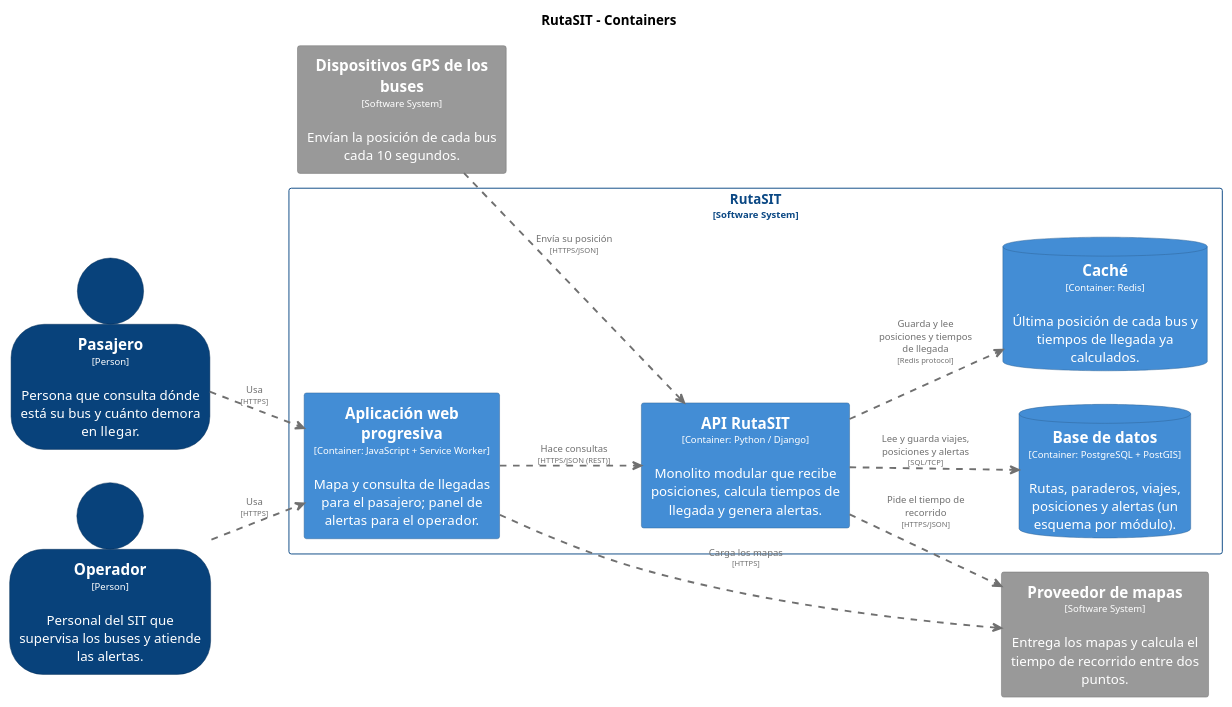
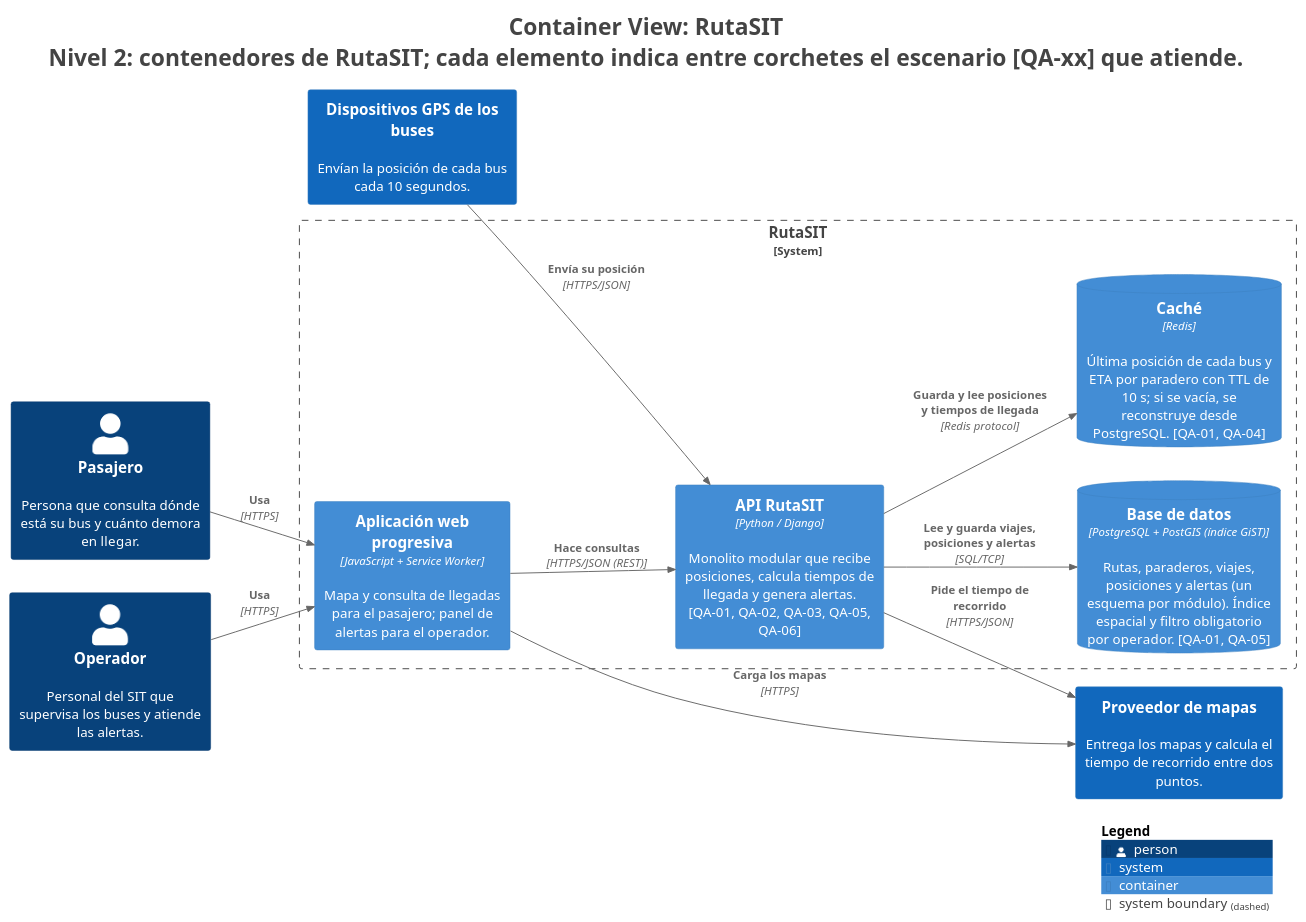
Before and after one commit to R0otDrigo/cs-2026b-lab04-grupo06: the diagram in docs/architecture/c4/export/structurizr-Contenedores.puml, drawn with PlantUML. The commit also changed 18 other files, not shown here.

```diff
--- a/docs/architecture/c4/export/structurizr-Contenedores.puml
+++ b/docs/architecture/c4/export/structurizr-Contenedores.puml
@@ -1,90 +1,41 @@
 @startuml
+title <size:24>Container View: RutaSIT</size>\n<size:24>Nivel 2: contenedores de RutaSIT; cada elemento indica entre corchetes el escenario [QA-xx] que atiende.</size>
+
 set separator none
-title RutaSIT - Containers
-
 left to right direction
 
-skinparam {
-  arrowFontSize 10
-  defaultTextAlignment center
-  wrapWidth 200
-  maxMessageSize 100
+<style>
+  root {
+    BackgroundColor: #ffffff
+    FontColor: #444444
+  }
+</style>
+
+!include <C4/C4>
+!include <C4/C4_Context>
+!include <C4/C4_Container>
+
+Person(Pasajero, "Pasajero", $descr="Persona que consulta dónde está su bus y cuánto demora en llegar.", $tags="", $link="")
+Person(Operador, "Operador", $descr="Personal del SIT que supervisa los buses y atiende las alertas.", $tags="", $link="")
+System(DispositivosGPSdelosbuses, "Dispositivos GPS de los buses", $descr="Envían la posición de cada bus cada 10 segundos.", $tags="", $link="")
+System(Proveedordemapas, "Proveedor de mapas", $descr="Entrega los mapas y calcula el tiempo de recorrido entre dos puntos.", $tags="", $link="")
+
+System_Boundary("RutaSIT_boundary", "RutaSIT", $tags="") {
+  ContainerDb(RutaSIT.Basededatos, "Base de datos", $techn="PostgreSQL + PostGIS (índice GiST)", $descr="Rutas, paraderos, viajes, posiciones y alertas (un esquema por módulo). Índice espacial y filtro obligatorio por operador. [QA-01, QA-05]", $tags="", $link="")
+  ContainerDb(RutaSIT.Caché, "Caché", $techn="Redis", $descr="Última posición de cada bus y ETA por paradero con TTL de 10 s; si se vacía, se reconstruye desde PostgreSQL. [QA-01, QA-04]", $tags="", $link="")
+  Container(RutaSIT.Aplicaciónwebprogresiva, "Aplicación web progresiva", $techn="JavaScript + Service Worker", $descr="Mapa y consulta de llegadas para el pasajero; panel de alertas para el operador.", $tags="", $link="")
+  Container(RutaSIT.APIRutaSIT, "API RutaSIT", $techn="Python / Django", $descr="Monolito modular que recibe posiciones, calcula tiempos de llegada y genera alertas. [QA-01, QA-02, QA-03, QA-05, QA-06]", $tags="", $link="")
 }
 
-hide stereotype
+Rel(Pasajero, RutaSIT.Aplicaciónwebprogresiva, "Usa", $techn="HTTPS", $tags="", $link="")
+Rel(Operador, RutaSIT.Aplicaciónwebprogresiva, "Usa", $techn="HTTPS", $tags="", $link="")
+Rel(RutaSIT.Aplicaciónwebprogresiva, RutaSIT.APIRutaSIT, "Hace consultas", $techn="HTTPS/JSON (REST)", $tags="", $link="")
+Rel(DispositivosGPSdelosbuses, RutaSIT.APIRutaSIT, "Envía su posición", $techn="HTTPS/JSON", $tags="", $link="")
+Rel(RutaSIT.APIRutaSIT, RutaSIT.Basededatos, "Lee y guarda viajes, posiciones y alertas", $techn="SQL/TCP", $tags="", $link="")
+Rel(RutaSIT.APIRutaSIT, RutaSIT.Caché, "Guarda y lee posiciones y tiempos de llegada", $techn="Redis protocol", $tags="", $link="")
+Rel(RutaSIT.Aplicaciónwebprogresiva, Proveedordemapas, "Carga los mapas", $techn="HTTPS", $tags="", $link="")
+Rel(RutaSIT.APIRutaSIT, Proveedordemapas, "Pide el tiempo de recorrido", $techn="HTTPS/JSON", $tags="", $link="")
 
-skinparam rectangle<<RutaSIT.APIRutaSIT>> {
-  BackgroundColor #438dd5
-  FontColor #ffffff
-  BorderColor #2e6295
-  shadowing false
-}
-skinparam rectangle<<RutaSIT.Aplicaciónwebprogresiva>> {
-  BackgroundColor #438dd5
-  FontColor #ffffff
-  BorderColor #2e6295
-  shadowing false
-}
-skinparam database<<RutaSIT.Basededatos>> {
-  BackgroundColor #438dd5
-  FontColor #ffffff
-  BorderColor #2e6295
-  shadowing false
-}
-skinparam database<<RutaSIT.Caché>> {
-  BackgroundColor #438dd5
-  FontColor #ffffff
-  BorderColor #2e6295
-  shadowing false
-}
-skinparam rectangle<<DispositivosGPSdelosbuses>> {
-  BackgroundColor #999999
-  FontColor #ffffff
-  BorderColor #6b6b6b
-  shadowing false
-}
-skinparam person<<Operador>> {
-  BackgroundColor #08427b
-  FontColor #ffffff
-  BorderColor #052e56
-  shadowing false
-}
-skinparam person<<Pasajero>> {
-  BackgroundColor #08427b
-  FontColor #ffffff
-  BorderColor #052e56
-  shadowing false
-}
-skinparam rectangle<<Proveedordemapas>> {
-  BackgroundColor #999999
-  FontColor #ffffff
-  BorderColor #6b6b6b
-  shadowing false
-}
-skinparam rectangle<<RutaSIT>> {
-  BorderColor #0b4884
-  FontColor #0b4884
-  shadowing false
-}
-
-person "==Pasajero\n<size:10>[Person]</size>\n\nPersona que consulta dónde está su bus y cuánto demora en llegar." <<Pasajero>> as Pasajero
-person "==Operador\n<size:10>[Person]</size>\n\nPersonal del SIT que supervisa los buses y atiende las alertas." <<Operador>> as Operador
-rectangle "==Dispositivos GPS de los buses\n<size:10>[Software System]</size>\n\nEnvían la posición de cada bus cada 10 segundos." <<DispositivosGPSdelosbuses>> as DispositivosGPSdelosbuses
-rectangle "==Proveedor de mapas\n<size:10>[Software System]</size>\n\nEntrega los mapas y calcula el tiempo de recorrido entre dos puntos." <<Proveedordemapas>> as Proveedordemapas
-
-rectangle "RutaSIT\n<size:10>[Software System]</size>" <<RutaSIT>> {
-  database "==Base de datos\n<size:10>[Container: PostgreSQL + PostGIS]</size>\n\nRutas, paraderos, viajes, posiciones y alertas (un esquema por módulo)." <<RutaSIT.Basededatos>> as RutaSIT.Basededatos
-  database "==Caché\n<size:10>[Container: Redis]</size>\n\nÚltima posición de cada bus y tiempos de llegada ya calculados." <<RutaSIT.Caché>> as RutaSIT.Caché
-  rectangle "==Aplicación web progresiva\n<size:10>[Container: JavaScript + Service Worker]</size>\n\nMapa y consulta de llegadas para el pasajero; panel de alertas para el operador." <<RutaSIT.Aplicaciónwebprogresiva>> as RutaSIT.Aplicaciónwebprogresiva
-  rectangle "==API RutaSIT\n<size:10>[Container: Python / Django]</size>\n\nMonolito modular que recibe posiciones, calcula tiempos de llegada y genera alertas." <<RutaSIT.APIRutaSIT>> as RutaSIT.APIRutaSIT
-}
-
-Pasajero .[#707070,thickness=2].> RutaSIT.Aplicaciónwebprogresiva : "<color:#707070>Usa\n<color:#707070><size:8>[HTTPS]</size>"
-Operador .[#707070,thickness=2].> RutaSIT.Aplicaciónwebprogresiva : "<color:#707070>Usa\n<color:#707070><size:8>[HTTPS]</size>"
-RutaSIT.Aplicaciónwebprogresiva .[#707070,thickness=2].> RutaSIT.APIRutaSIT : "<color:#707070>Hace consultas\n<color:#707070><size:8>[HTTPS/JSON (REST)]</size>"
-DispositivosGPSdelosbuses .[#707070,thickness=2].> RutaSIT.APIRutaSIT : "<color:#707070>Envía su posición\n<color:#707070><size:8>[HTTPS/JSON]</size>"
-RutaSIT.APIRutaSIT .[#707070,thickness=2].> RutaSIT.Basededatos : "<color:#707070>Lee y guarda viajes, posiciones y alertas\n<color:#707070><size:8>[SQL/TCP]</size>"
-RutaSIT.APIRutaSIT .[#707070,thickness=2].> RutaSIT.Caché : "<color:#707070>Guarda y lee posiciones y tiempos de llegada\n<color:#707070><size:8>[Redis protocol]</size>"
-RutaSIT.Aplicaciónwebprogresiva .[#707070,thickness=2].> Proveedordemapas : "<color:#707070>Carga los mapas\n<color:#707070><size:8>[HTTPS]</size>"
-RutaSIT.APIRutaSIT .[#707070,thickness=2].> Proveedordemapas : "<color:#707070>Pide el tiempo de recorrido\n<color:#707070><size:8>[HTTPS/JSON]</size>"
+SHOW_LEGEND(true)
+hide stereotypes
 @enduml
```
